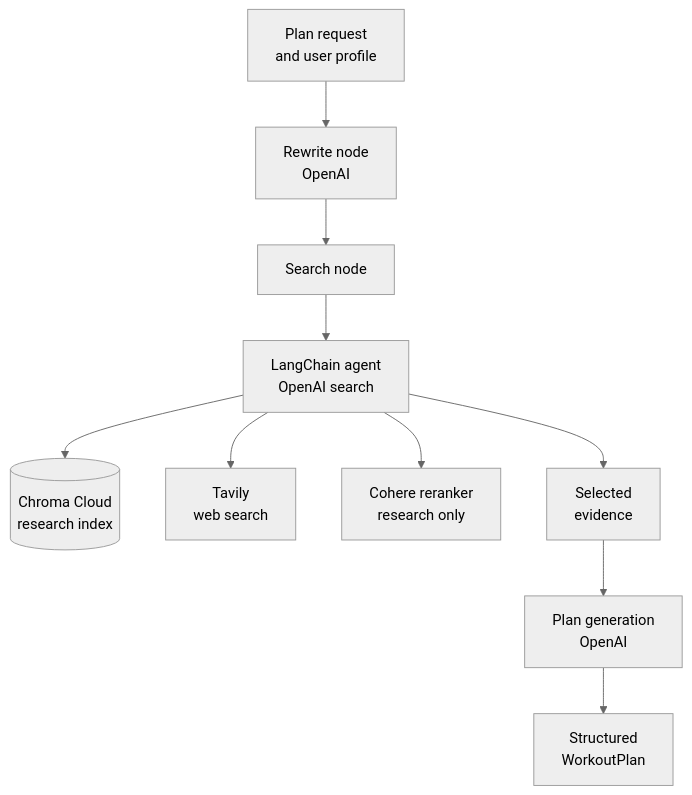
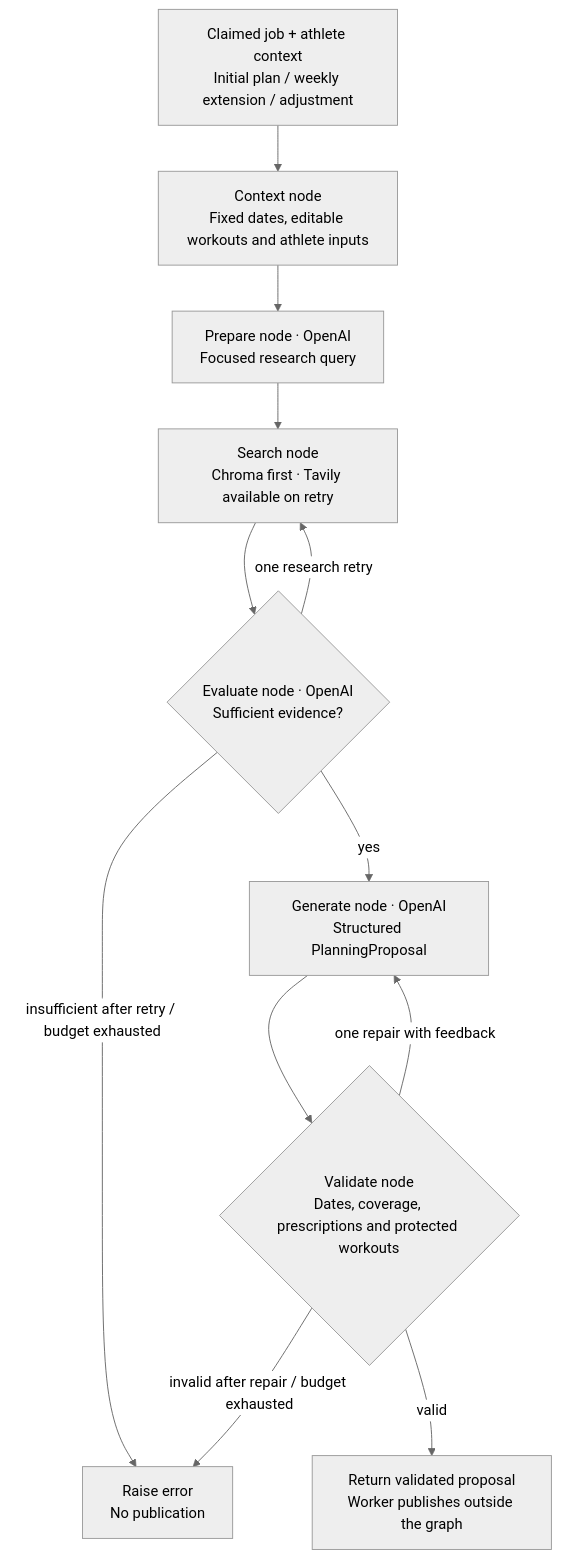
One commit to xurichard19/strength-and-conditioning-rag changed the fourth of 5 diagrams in README.md. Above: the diagram before and after it, drawn with Mermaid (neutral theme). The commit also changed other lines of this file and 32 other files, not shown here.

````diff
--- a/README.md
+++ b/README.md
@@ -66,12 +90,14 @@
 ```mermaid
 flowchart TB
-    Request["Plan request<br/>and user profile"] --> Rewrite["Rewrite node<br/>OpenAI"]
-    Rewrite --> Search["Search node"]
-    Search --> Agent["LangChain agent<br/>OpenAI search"]
-    Agent --> Chroma[("Chroma Cloud<br/>research index")]
-    Agent --> Tavily["Tavily<br/>web search"]
-    Agent --> Cohere["Cohere reranker<br/>research only"]
-    Agent --> Evidence["Selected<br/>evidence"]
-    Evidence --> Generate["Plan generation<br/>OpenAI"]
-    Generate --> Plan["Structured<br/>WorkoutPlan"]
+    Request["Claimed job + athlete context<br/>Initial plan / weekly extension / adjustment"] --> Context["Context node<br/>Fixed dates, editable workouts and athlete inputs"]
+    Context --> Prepare["Prepare node · OpenAI<br/>Focused research query"]
+    Prepare --> Search["Search node<br/>Chroma first · Tavily available on retry"]
+    Search --> Evaluate{"Evaluate node · OpenAI<br/>Sufficient evidence?"}
+    Evaluate -->|yes| Generate["Generate node · OpenAI<br/>Structured PlanningProposal"]
+    Evaluate -->|one research retry| Search
+    Evaluate -->|insufficient after retry / budget exhausted| Fail["Raise error<br/>No publication"]
+    Generate --> Validate{"Validate node<br/>Dates, coverage, prescriptions and protected workouts"}
+    Validate -->|one repair with feedback| Generate
+    Validate -->|invalid after repair / budget exhausted| Fail
+    Validate -->|valid| Plan["Return validated proposal<br/>Worker publishes outside the graph"]
 ```
````
